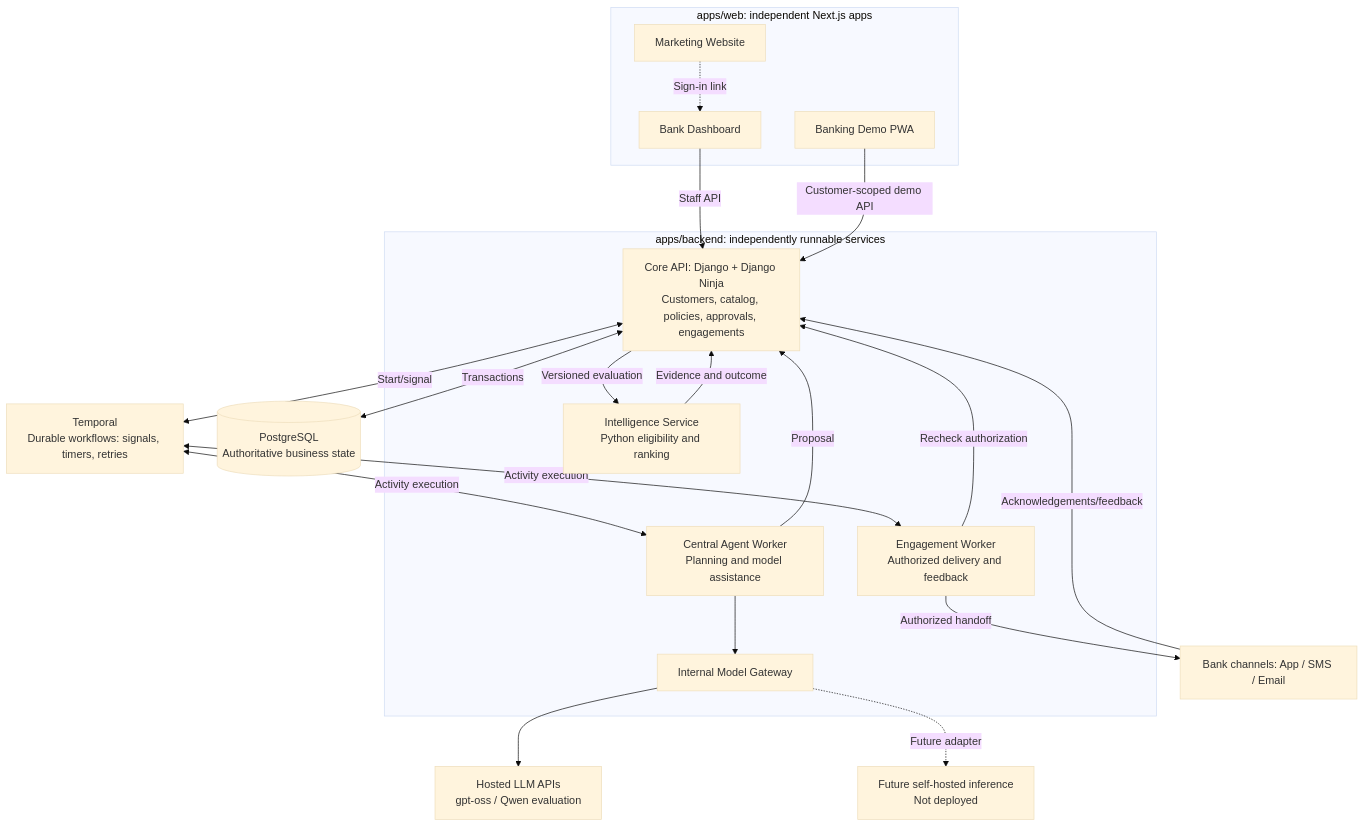
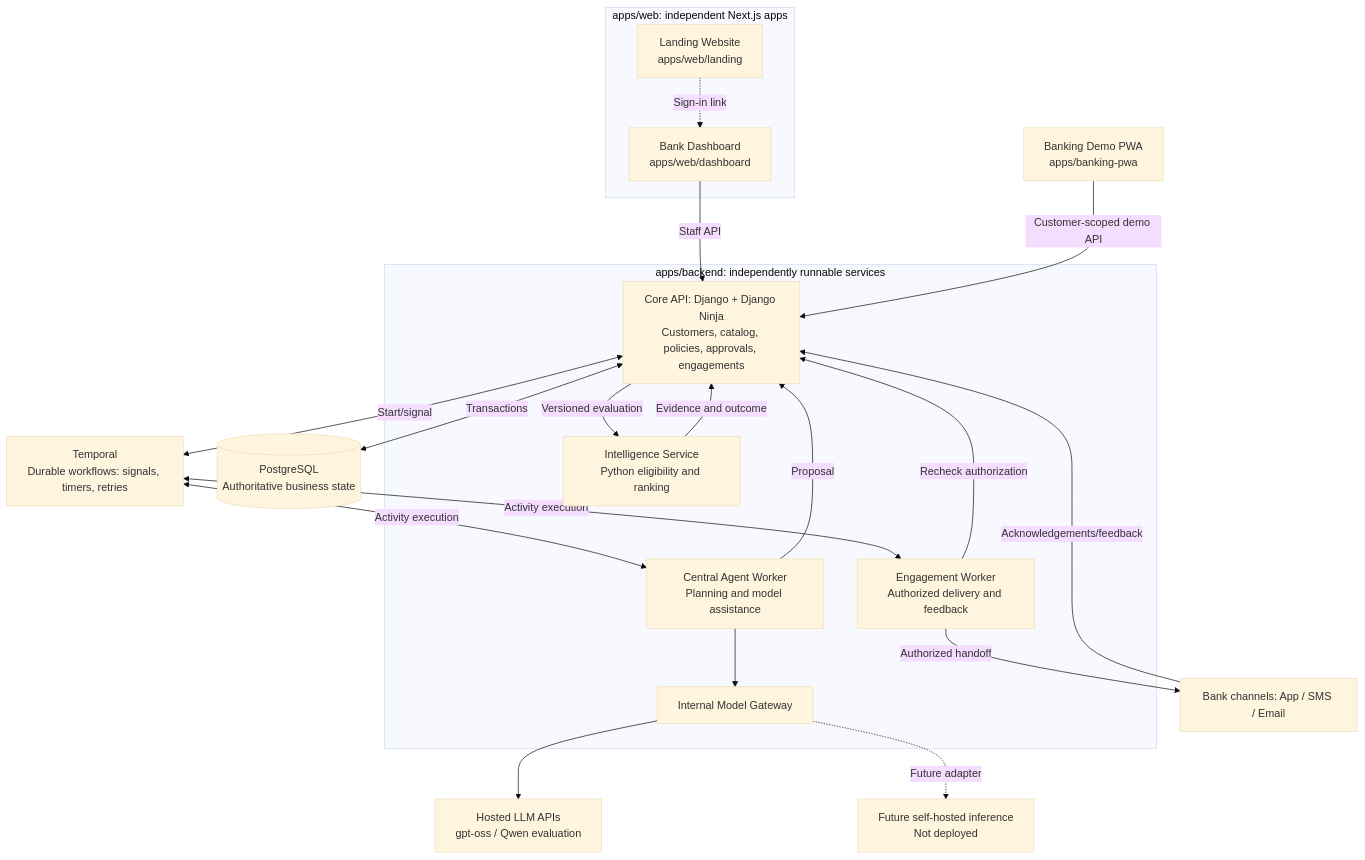
Before and after one commit to onerandomd3v/cuebik: the first of 4 diagrams in ARCHITECTURE.md, drawn with Mermaid (base theme). The commit also changed other lines of this file and 2 other files, not shown here.

Commit message:
chore: isolate banking PWA and rename marketing app to landing

````diff
--- a/ARCHITECTURE.md
+++ b/ARCHITECTURE.md
@@ -50,36 +50,36 @@
 ```mermaid
 flowchart TB
     subgraph WEB["apps/web: independent Next.js apps"]
-        M["Marketing Website"]
-        D["Bank Dashboard"]
-        P["Banking Demo PWA"]
+        M["Landing Website<br/>apps/web/landing"]
+        D["Bank Dashboard<br/>apps/web/dashboard"]
     end
+    P["Banking Demo PWA<br/>apps/banking-pwa"]
     subgraph B["apps/backend: independently runnable services"]
         API["Core API: Django + Django Ninja<br/>Customers, catalog, policies, approvals, engagements"]
         REC["Intelligence Service<br/>Python eligibility and ranking"]
         AG["Central Agent Worker<br/>Planning and model assistance"]
         EN["Engagement Worker<br/>Authorized delivery and feedback"]
         GW["Internal Model Gateway"]
     end
     DB[("PostgreSQL<br/>Authoritative business state")]
     T["Temporal<br/>Durable workflows: signals, timers, retries"]
     L["Hosted LLM APIs<br/>gpt-oss / Qwen evaluation"]
     F["Future self-hosted inference<br/>Not deployed"]
     C["Bank channels: App / SMS / Email"]
     M -. "Sign-in link" .-> D
     D -->|"Staff API"| API
     P -->|"Customer-scoped demo API"| API
     API <-->|"Transactions"| DB
     API -->|"Versioned evaluation"| REC
     REC -->|"Evidence and outcome"| API
     API <-->|"Start/signal"| T
     T <-->|"Activity execution"| AG
     T <-->|"Activity execution"| EN
     AG -->|"Proposal"| API
     AG --> GW
     GW --> L
     GW -. "Future adapter" .-> F
     EN -->|"Recheck authorization"| API
     EN -->|"Authorized handoff"| C
     C -->|"Acknowledgements/feedback"| API
 ```
````
